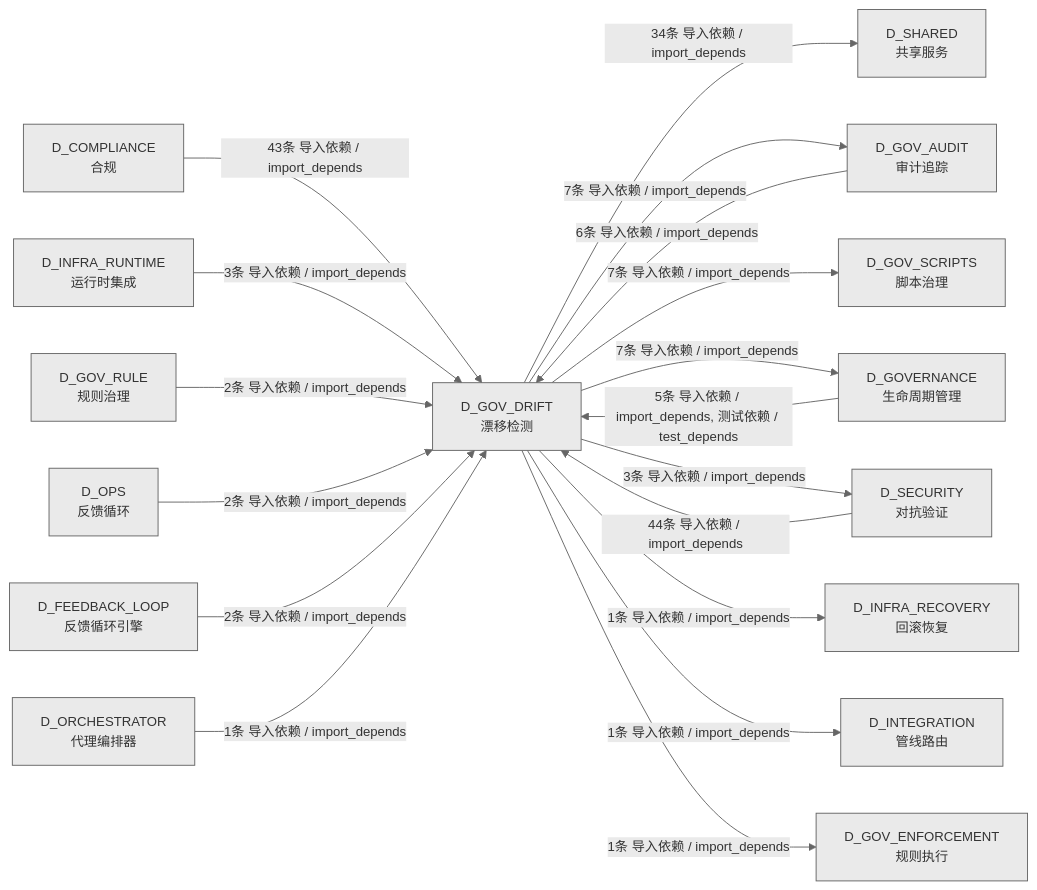
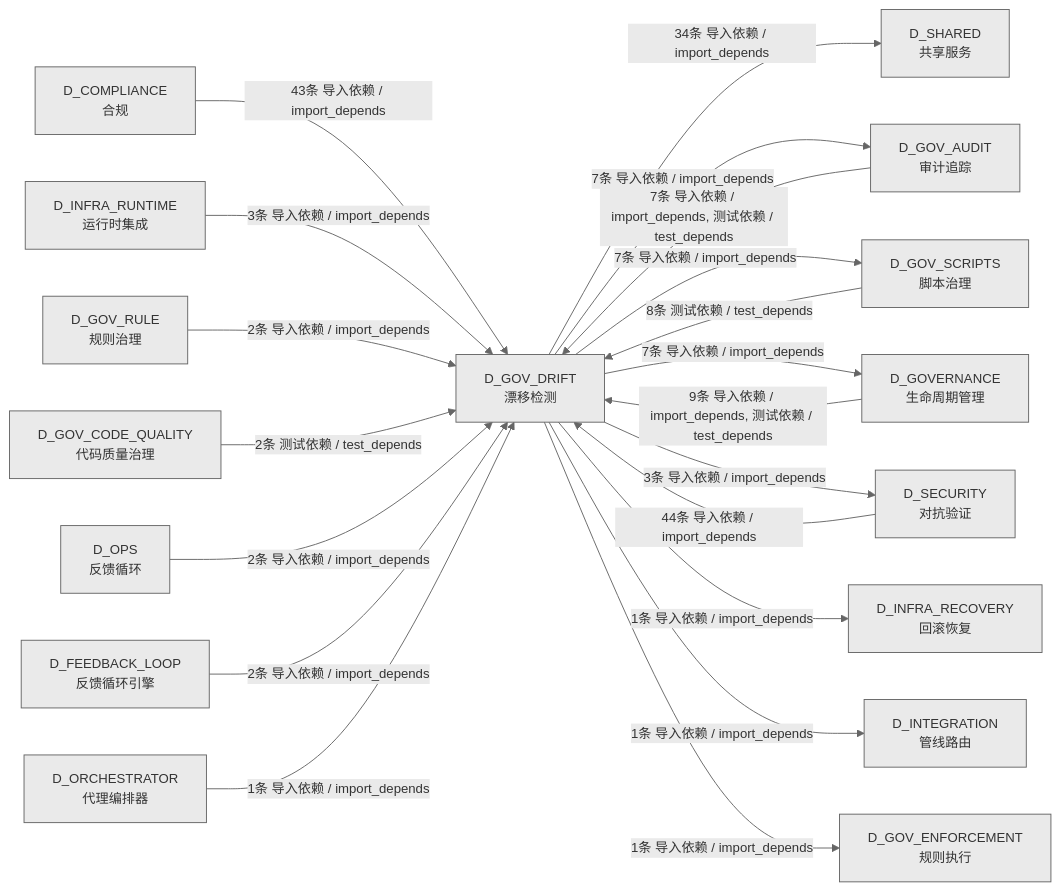
One commit to xuanFelixVan/ZephyrAlpha changed the fourth of 4 diagrams in docs/02_enterprise_architecture/02_domain_architecture_docs/52_d_gov_drift.md. Above: the diagram before and after it, drawn with Mermaid. The commit also changed other lines of this file and 45 other files, not shown here.

````diff
--- a/docs/02_enterprise_architecture/02_domain_architecture_docs/52_d_gov_drift.md
+++ b/docs/02_enterprise_architecture/02_domain_architecture_docs/52_d_gov_drift.md
@@ -657,36 +672,39 @@
 ```mermaid
 %%{init: {'theme': 'base', 'themeVariables': {'primaryColor': '#eaeaea', 'primaryTextColor': '#333333', 'primaryBorderColor': '#666666', 'lineColor': '#666666', 'secondaryColor': '#eaeaea', 'tertiaryColor': '#eaeaea', 'fontSize': '14px'}}}%%
 graph LR
     D_GOV_DRIFT["D_GOV_DRIFT<br/>漂移检测"]
     D_SHARED["D_SHARED<br/>共享服务"]
     D_GOV_AUDIT["D_GOV_AUDIT<br/>审计追踪"]
     D_GOV_SCRIPTS["D_GOV_SCRIPTS<br/>脚本治理"]
     D_GOVERNANCE["D_GOVERNANCE<br/>生命周期管理"]
     D_SECURITY["D_SECURITY<br/>对抗验证"]
     D_INFRA_RECOVERY["D_INFRA_RECOVERY<br/>回滚恢复"]
     D_INTEGRATION["D_INTEGRATION<br/>管线路由"]
     D_GOV_ENFORCEMENT["D_GOV_ENFORCEMENT<br/>规则执行"]
     D_COMPLIANCE["D_COMPLIANCE<br/>合规"]
     D_INFRA_RUNTIME["D_INFRA_RUNTIME<br/>运行时集成"]
     D_GOV_RULE["D_GOV_RULE<br/>规则治理"]
+    D_GOV_CODE_QUALITY["D_GOV_CODE_QUALITY<br/>代码质量治理"]
     D_OPS["D_OPS<br/>反馈循环"]
     D_FEEDBACK_LOOP["D_FEEDBACK_LOOP<br/>反馈循环引擎"]
     D_ORCHESTRATOR["D_ORCHESTRATOR<br/>代理编排器"]
     D_GOV_DRIFT -->|34条 导入依赖 / import_depends| D_SHARED
     D_GOV_DRIFT -->|7条 导入依赖 / import_depends| D_GOV_AUDIT
     D_GOV_DRIFT -->|7条 导入依赖 / import_depends| D_GOV_SCRIPTS
     D_GOV_DRIFT -->|7条 导入依赖 / import_depends| D_GOVERNANCE
     D_GOV_DRIFT -->|3条 导入依赖 / import_depends| D_SECURITY
     D_GOV_DRIFT -->|1条 导入依赖 / import_depends| D_INFRA_RECOVERY
     D_GOV_DRIFT -->|1条 导入依赖 / import_depends| D_INTEGRATION
     D_GOV_DRIFT -->|1条 导入依赖 / import_depends| D_GOV_ENFORCEMENT
     D_SECURITY -->|44条 导入依赖 / import_depends| D_GOV_DRIFT
     D_COMPLIANCE -->|43条 导入依赖 / import_depends| D_GOV_DRIFT
-    D_GOV_AUDIT -->|6条 导入依赖 / import_depends| D_GOV_DRIFT
-    D_GOVERNANCE -->|5条 导入依赖 / import_depends, 测试依赖 / test_depends| D_GOV_DRIFT
+    D_GOVERNANCE -->|9条 导入依赖 / import_depends, 测试依赖 / test_depends| D_GOV_DRIFT
+    D_GOV_SCRIPTS -->|8条 测试依赖 / test_depends| D_GOV_DRIFT
+    D_GOV_AUDIT -->|7条 导入依赖 / import_depends, 测试依赖 / test_depends| D_GOV_DRIFT
     D_INFRA_RUNTIME -->|3条 导入依赖 / import_depends| D_GOV_DRIFT
     D_GOV_RULE -->|2条 导入依赖 / import_depends| D_GOV_DRIFT
+    D_GOV_CODE_QUALITY -->|2条 测试依赖 / test_depends| D_GOV_DRIFT
     D_OPS -->|2条 导入依赖 / import_depends| D_GOV_DRIFT
     D_FEEDBACK_LOOP -->|2条 导入依赖 / import_depends| D_GOV_DRIFT
     D_ORCHESTRATOR -->|1条 导入依赖 / import_depends| D_GOV_DRIFT
 ```
````
